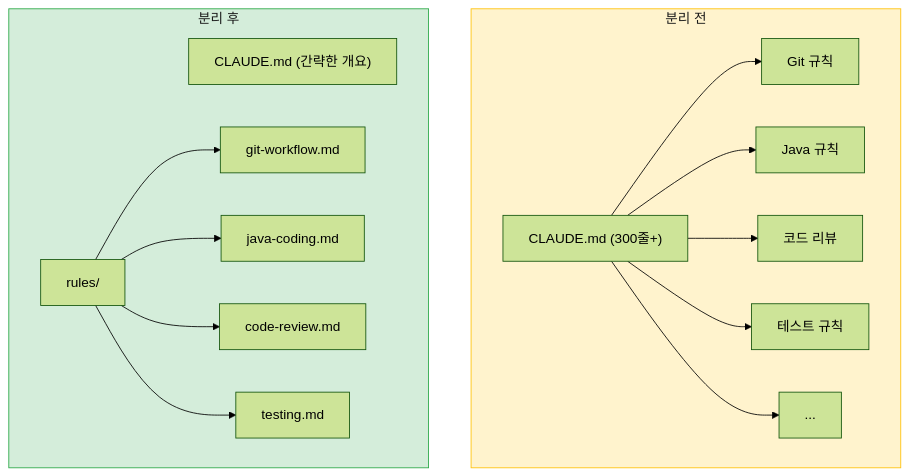
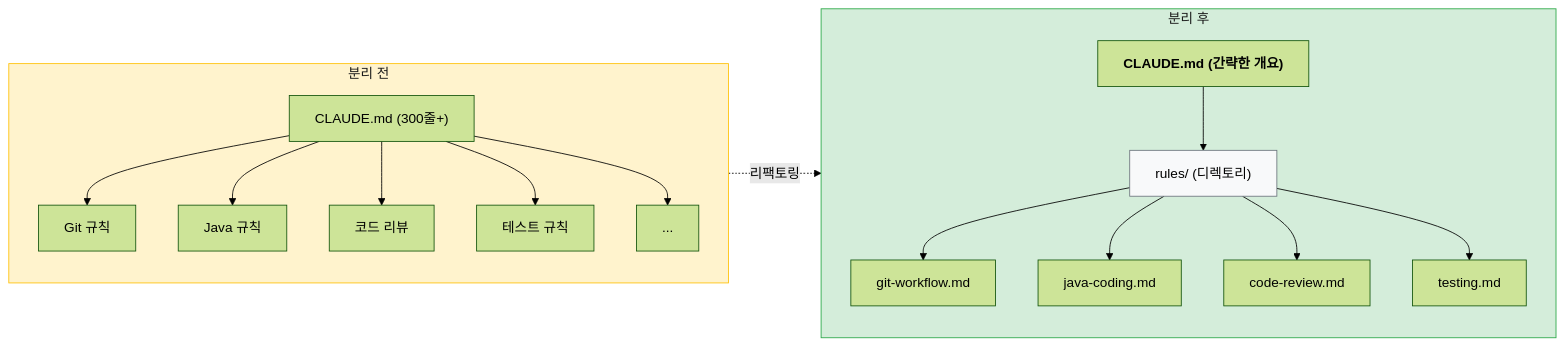
Before and after one commit to Epikoding/epikoding.github.io: the diagram in _posts/2026-01-26-claude-code-rules-separation.md, drawn with Mermaid (forest theme). The commit also changed 1 other file, not shown here.

Commit message:
vault backup: 2026-01-26 17:36:25

````diff
--- a/_posts/2026-01-26-claude-code-rules-separation.md
+++ b/_posts/2026-01-26-claude-code-rules-separation.md
@@ -43,23 +43,34 @@
 ```mermaid
-flowchart TB
-    subgraph Before["분리 전"]
+flowchart LR
+    subgraph Left["분리 전"]
+        direction TB
         A["CLAUDE.md (300줄+)"]
         A --> B1["Git 규칙"]
         A --> B2["Java 규칙"]
         A --> B3["코드 리뷰"]
         A --> B4["테스트 규칙"]
         A --> B5["..."]
     end
 
-    subgraph After["분리 후"]
+    subgraph Right["분리 후"]
+        direction TB
         C["CLAUDE.md (간략한 개요)"]
-        D["rules/"]
+        D["rules/ (디렉토리)"]
+        
+        C --> D
+        
         D --> E1["git-workflow.md"]
         D --> E2["java-coding.md"]
         D --> E3["code-review.md"]
         D --> E4["testing.md"]
     end
 
-    style Before fill:#fff3cd,stroke:#ffc107,color:#1a1a1a
-    style After fill:#d4edda,stroke:#28a745,color:#1a1a1a
+    %% 연결 관계 (선택 사항: 흐름을 보여주기 위함)
+    Left -.->|"리팩토링"| Right
+
+    %% 스타일 설정
+    style Left fill:#fff3cd,stroke:#ffc107,color:#1a1a1a
+    style Right fill:#d4edda,stroke:#28a745,color:#1a1a1a
+    style C font-weight:bold
+    style D fill:#f8f9fa,stroke:#6c757d
 ```
````
